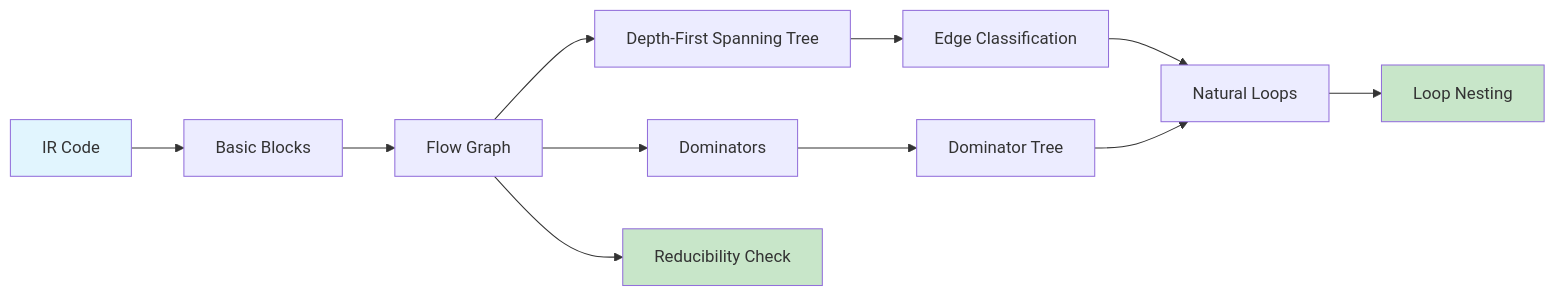
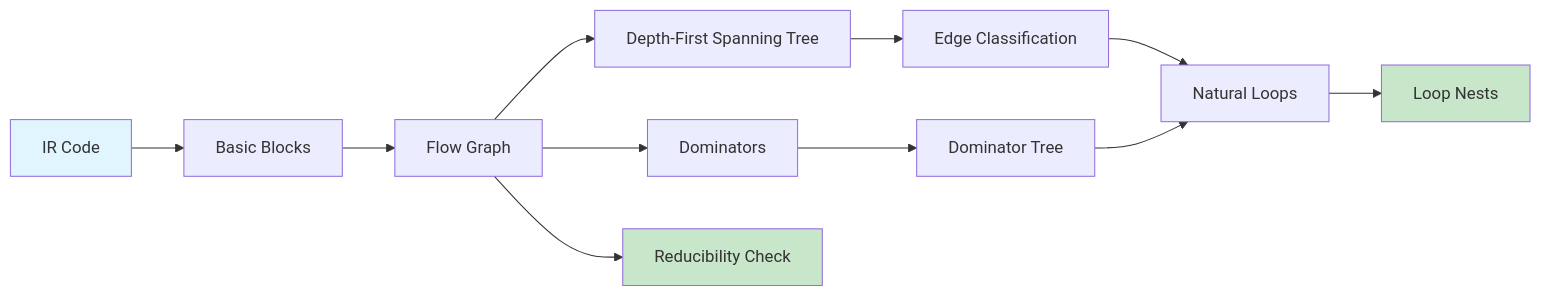
The diagram in docs/courses/compiler-design/11-cfa.md (Raushan666java/ai-engineering-journey), drawn with Mermaid before and after one commit. The commit also changed other lines of this file and 41 other files, not shown here.

````diff
--- a/docs/courses/compiler-design/11-cfa.md
+++ b/docs/courses/compiler-design/11-cfa.md
@@ -20,16 +23,16 @@
 ```mermaid
 flowchart LR
     A[IR Code] --> B[Basic Blocks]
     B --> C[Flow Graph]
     C --> D[Depth-First Spanning Tree]
     D --> E[Edge Classification]
     E --> F[Natural Loops]
     C --> G[Dominators]
     G --> H[Dominator Tree]
     H --> F
-    F --> I[Loop Nesting]
+    F --> I[Loop Nests]
     C --> J[Reducibility Check]
     style A fill:#e1f5fe
     style I fill:#c8e6c9
     style J fill:#c8e6c9
 ```
````
